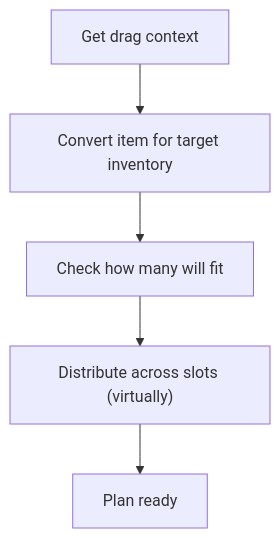
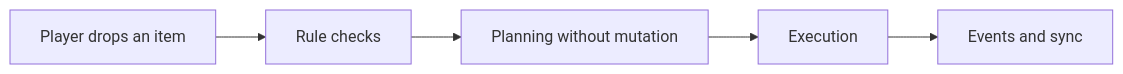
One commit to SergeevSergey99/DragAndDropSystem-Docs changed the first of 5 diagrams in .docs/content/architecture/transfer-pipeline.en.md. Above: the diagram before and after it, drawn with Mermaid. The commit also changed other lines of this file and 16 other files, not shown here.

````diff
--- a/.docs/content/architecture/transfer-pipeline.en.md
+++ b/.docs/content/architecture/transfer-pipeline.en.md
@@ -61,7 +11,7 @@
 ```mermaid
-flowchart TD
-    A["Get drag context"] --> B["Convert item for target inventory"]
-    B --> C["Check how many will fit"]
-    C --> D["Distribute across slots (virtually)"]
-    D --> E["Plan ready"]
+flowchart LR
+    A["Player drops an item"] --> B["Rule checks"]
+    B --> C["Planning without mutation"]
+    C --> D["Execution"]
+    D --> E["Events and sync"]
 ```
````
